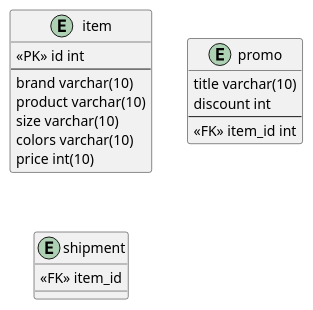
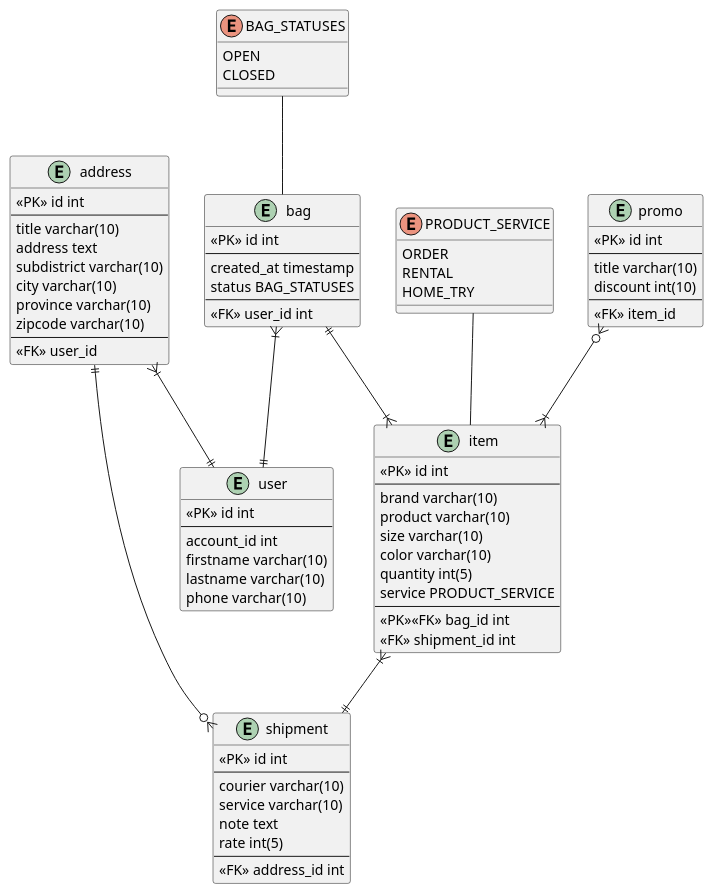
Before and after one commit to rhezaas/hcl: the diagram in design/erd/bag.puml, drawn with PlantUML. The commit also changed 4 other files, not shown here.

```diff
--- a/design/erd/bag.puml
+++ b/design/erd/bag.puml
@@ -1,25 +1,88 @@
-@startuml order
+@startuml bag
+
+entity user {
+    <<PK>> id int
+    --
+    account_id int
+    firstname varchar(10)
+    lastname varchar(10)
+    phone varchar(10)
+}
+
+entity address {
+    <<PK>> id int
+    --
+    title varchar(10)
+    address text
+    subdistrict varchar(10)
+    city varchar(10)
+    province varchar(10)
+    zipcode varchar(10)
+    --
+    <<FK>> user_id
+}
+
+entity bag {
+    <<PK>> id int
+    --
+    created_at timestamp
+    status BAG_STATUSES
+    --
+    <<FK>> user_id int
+}
+
+enum BAG_STATUSES {
+    OPEN
+    CLOSED
+}
 
 entity item {
     <<PK>> id int
     --
     brand varchar(10)
     product varchar(10)
     size varchar(10)
-    colors varchar(10)
-    price int(10)
+    color varchar(10)
+    quantity int(5)
+    service PRODUCT_SERVICE
+    --
+    <<PK>><<FK>> bag_id int
+    <<FK>> shipment_id int
+}
+
+enum PRODUCT_SERVICE {
+    ORDER
+    RENTAL
+    HOME_TRY
 }
 
 entity promo {
+    <<PK>> id int
+    --
     title varchar(10)
-    discount int
+    discount int(10)
     --
-    <<FK>> item_id int
+    <<FK>> item_id
 }
 
 entity shipment {
-    
-    <<FK>> item_id
+    <<PK>> id int
+    --
+    courier varchar(10)
+    service varchar(10)
+    note text
+    rate int(5)
+    --
+    <<FK>> address_id int
 }
 
+BAG_STATUSES -- bag
+bag }|--|| user
+address }|--|| user
+PRODUCT_SERVICE -- item
+bag ||--|{ item
+promo }o--|{ item
+address ||--o{ shipment
+item }|--|| shipment
+
 @enduml
```
